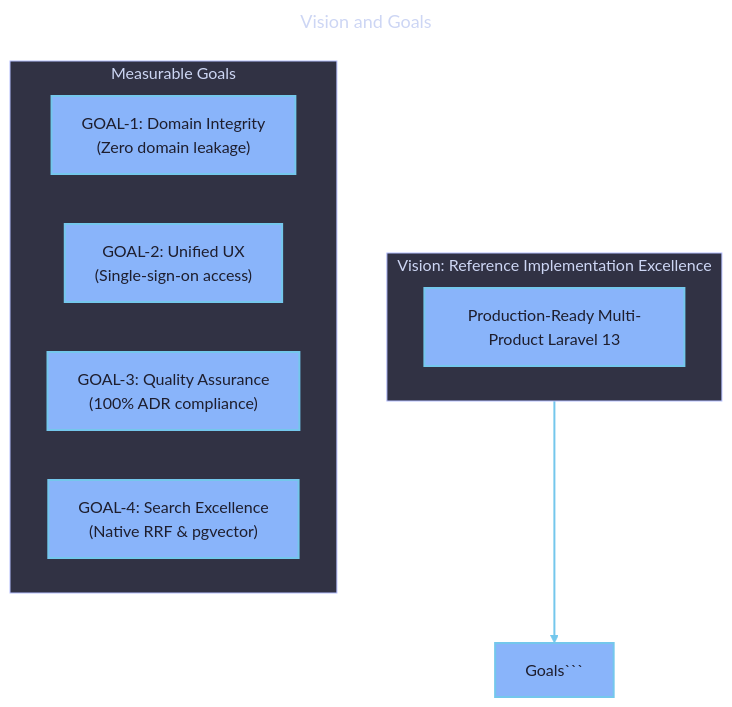
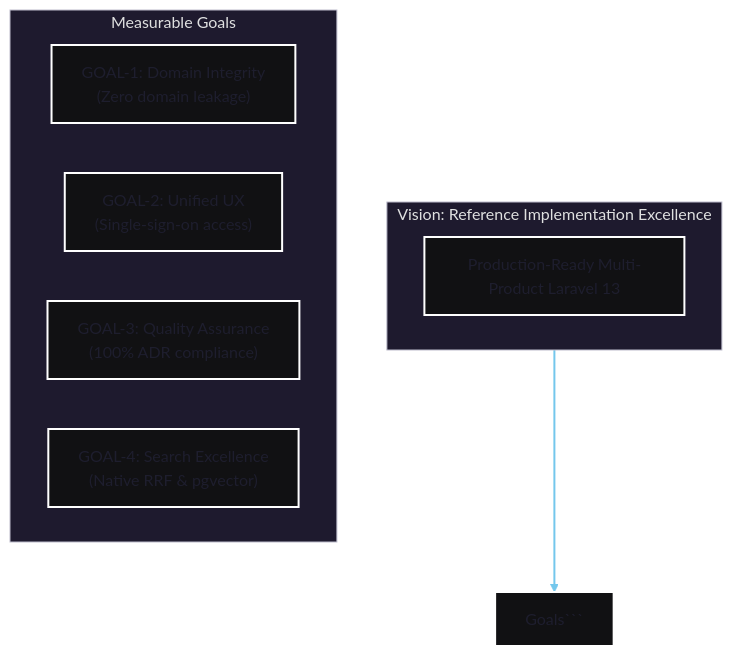
Before and after one commit to s-a-c/samples-20260717: the diagram in docs/06-requirements/0604-vision-and-goals.md, drawn with Mermaid. The commit also changed other lines of this file and 2157 other files, not shown here.

`````diff
--- a/docs/06-requirements/0604-vision-and-goals.md
+++ b/docs/06-requirements/0604-vision-and-goals.md
@@ -63,47 +62,27 @@
 ````mermaid
 ---
-title: Vision and Goals
 config:
   theme: redux-dark-color
   themeVariables:
     background: "#1e1e2e"
     primaryColor: "#89b4fa"
     primaryTextColor: "#1e1e2e"
     primaryBorderColor: "#74c7ec"
     lineColor: "#74c7ec"
-    secondaryColor: "#cba6f7"
-    secondaryTextColor: "#1e1e2e"
-    secondaryBorderColor: "#b4befe"
-    tertiaryColor: "#94e2d5"
-    tertiaryTextColor: "#1e1e2e"
-    tertiaryBorderColor: "#89dceb"
-    mainBkg: "#89b4fa"
-    secondBkg: "#cba6f7"
-    tertiaryBkg: "#94e2d5"
     textColor: "#cdd6f4"
-    nodeBorder: "#74c7ec"
-    clusterBkg: "#313244"
-    clusterBorder: "#b4befe"
-    edgeLabelBackground: "#1e1e2e"
-    titleColor: "#cdd6f4"
     fontSize: 16px
-  themeCSS: |
-    .node rect, .node circle, .node ellipse, .node polygon, .node path { stroke-width: 2px !important; }
-    .edgePath .path { stroke-width: 2px !important; }
-    .label { font-weight: bold !important; }
-    .edgeLabel { background-color: #1e1e2e !important; }
 ---
 flowchart TD
     subgraph Vision["Vision: Reference Implementation Excellence"]
         V[Production-Ready Multi-Product Laravel 13]
     end
 
     subgraph Goals["Measurable Goals"]
         G1["GOAL-1: Domain Integrity<br/>(Zero domain leakage)"]
         G2["GOAL-2: Unified UX<br/>(Single-sign-on access)"]
         G3["GOAL-3: Quality Assurance<br/>(100% ADR compliance)"]
         G4["GOAL-4: Search Excellence<br/>(Native RRF & pgvector)"]
     end
 
     Vision --> Goals```
 ````
`````
